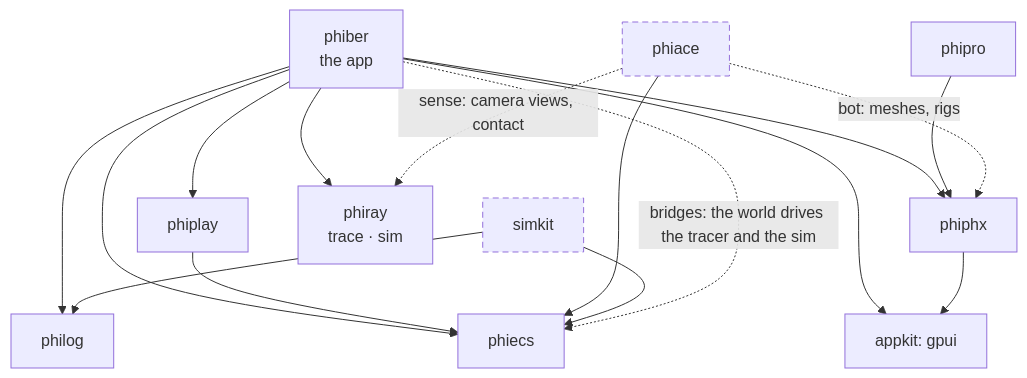
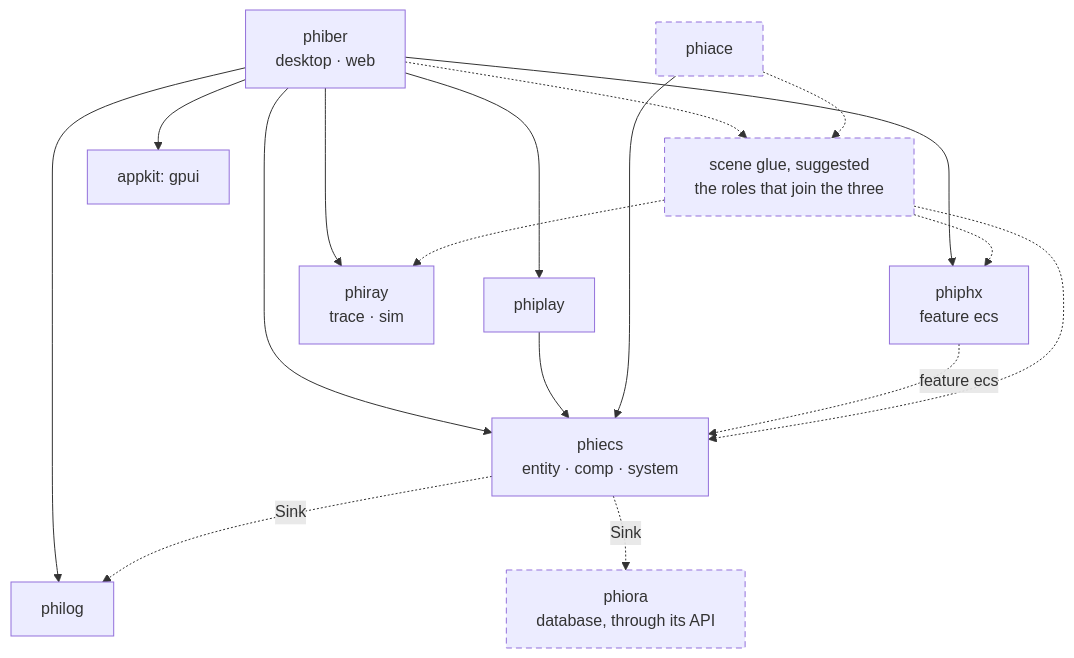
One commit to gemphi/phikit changed the first of 3 diagrams in PLAN.md. Above: the diagram before and after it, drawn with Mermaid. The commit also changed other lines of this file and 21 other files, not shown here.

````diff
--- a/PLAN.md
+++ b/PLAN.md
@@ -30,30 +65,31 @@
 ```mermaid
 graph TB
-    phiber["phiber<br/>the app"]
+    phiber["phiber<br/>desktop · web"]
     phiplay["phiplay"]
     phiace["phiace"]
-    simkit["simkit"]
-    phipro["phipro"]
-    phiphx["phiphx"]
+    glue["scene glue, suggested<br/>the roles that join the three"]
+    phiphx["phiphx<br/>feature ecs"]
     phiray["phiray<br/>trace · sim"]
-    phiecs["phiecs"]
+    phiecs["phiecs<br/>entity · comp · system"]
     appkit["appkit: gpui"]
     philog["philog"]
+    phiora["phiora<br/>database, through its API"]
     phiber --> phiplay
     phiber --> phiphx
     phiber --> phiray
     phiber --> phiecs
     phiber --> appkit
     phiber --> philog
     phiplay --> phiecs
     phiace --> phiecs
-    simkit --> phiecs
-    simkit --> philog
-    phipro --> phiphx
-    phiphx --> appkit
-    phiace -.->|"sense: camera views, contact"| phiray
-    phiace -.->|"bot: meshes, rigs"| phiphx
-    phiber -.->|"bridges: the world drives the tracer and the sim"| phiecs
+    phiphx -.->|"feature ecs"| phiecs
+    glue -.-> phiecs
+    glue -.-> phiray
+    glue -.-> phiphx
+    phiber -.-> glue
+    phiace -.-> glue
+    phiecs -.->|"Sink"| philog
+    phiecs -.->|"Sink"| phiora
     classDef plan stroke-dasharray: 6 4;
-    class phiace,simkit plan;
+    class phiace,glue,phiora plan;
 ```
````
